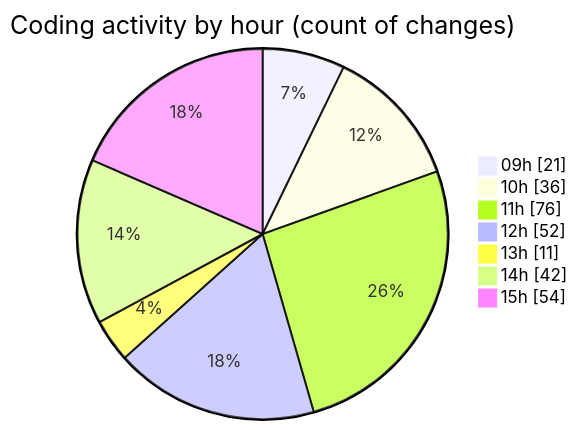
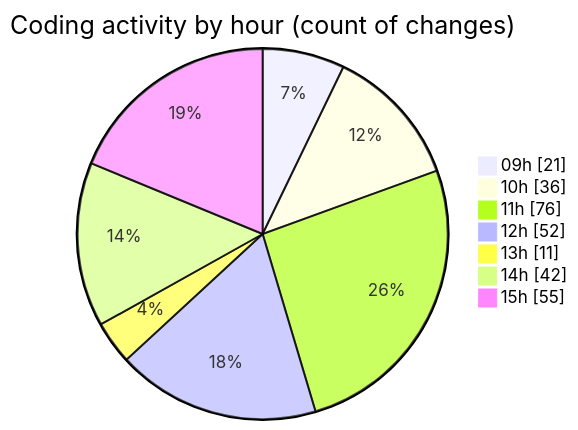
The second of 2 diagrams in 2025-09-09/cda/README.md (momahboobian/code-tracking), drawn with Mermaid before and after one commit. The commit also changed other lines of this file and 1 other file, not shown here.

````diff
--- a/2025-09-09/cda/README.md
+++ b/2025-09-09/cda/README.md
@@ -144,11 +144,11 @@
 ```mermaid
 pie showData
 title Coding activity by hour (count of changes)
 "09h" : 21
 "10h" : 36
 "11h" : 76
 "12h" : 52
 "13h" : 11
 "14h" : 42
-"15h" : 54
+"15h" : 55
 ```
````
